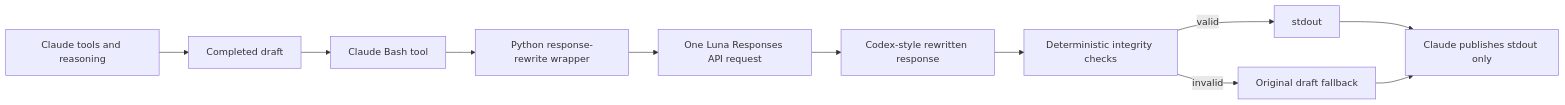
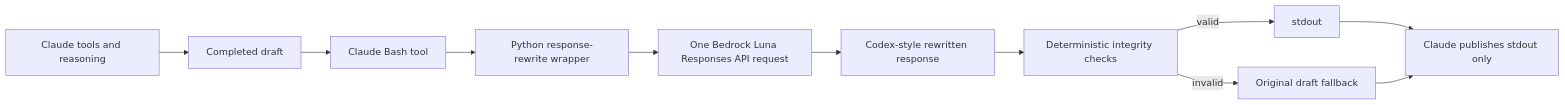
The first of 2 diagrams in README.md (slashr/claude-response-tuning), drawn with Mermaid before and after one commit. The commit also changed other lines of this file and 6 other files, not shown here.

````diff
--- a/README.md
+++ b/README.md
@@ -19,13 +21,13 @@
 ```mermaid
 flowchart LR
     A[Claude tools and reasoning] --> B[Completed draft]
     B --> C[Claude Bash tool]
     C --> D[Python response-rewrite wrapper]
-    D --> E[One Luna Responses API request]
+    D --> E[One Bedrock Luna Responses API request]
     E --> F[Codex-style rewritten response]
     F --> G[Deterministic integrity checks]
     G -->|valid| H[stdout]
     G -->|invalid| I[Original draft fallback]
     H --> J[Claude publishes stdout only]
     I --> J
 ```
````
